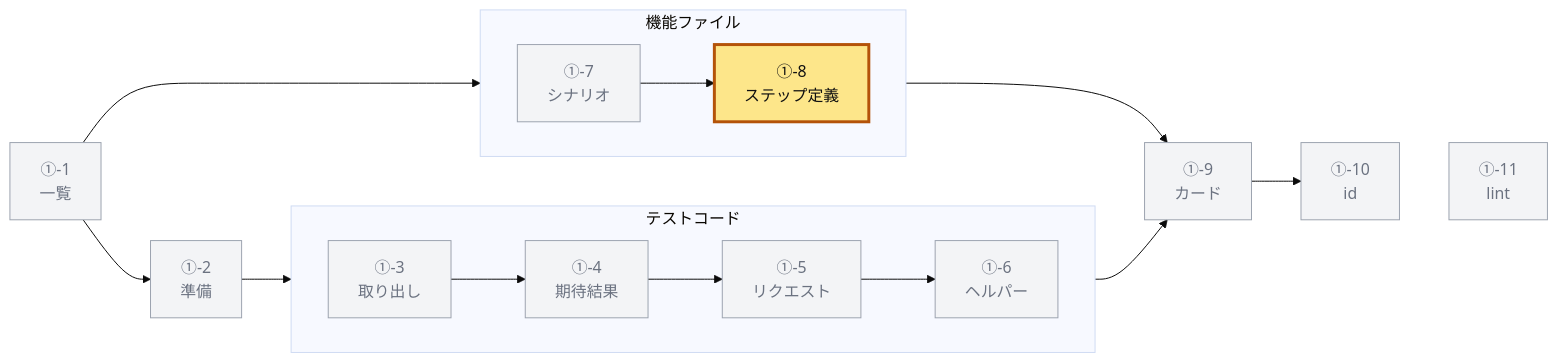
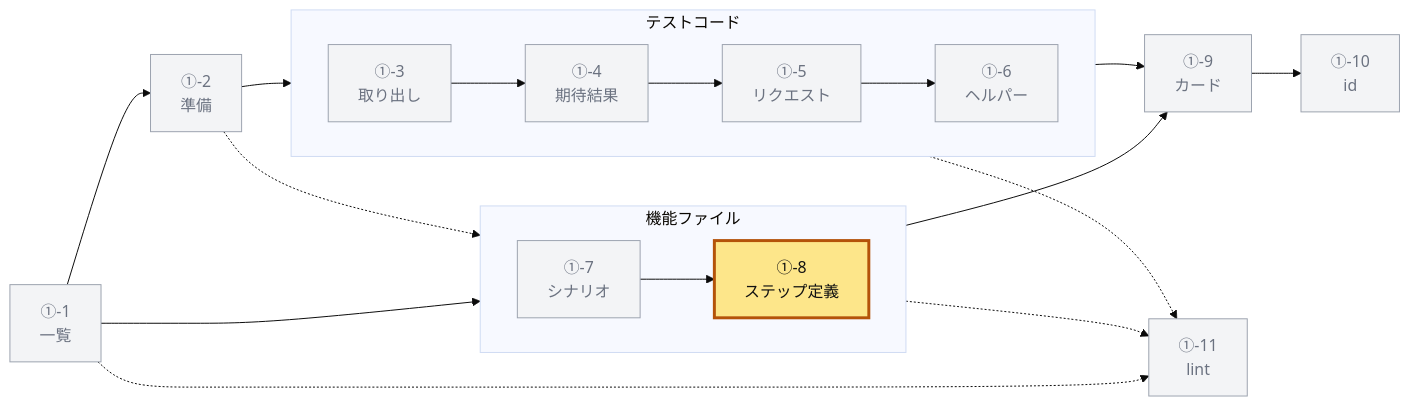
One commit to maronnjapan/maronn-openid-connect changed diagram 20 of 29 in apps/tests/docs/01-read.md. Above: the diagram before and after it, drawn with Mermaid (base theme). The commit also changed other lines of this file and 11 other files, not shown here.

````diff
--- a/apps/tests/docs/01-read.md
+++ b/apps/tests/docs/01-read.md
@@ -1651,22 +2026,25 @@
 ```mermaid
 flowchart LR
   S1["①-1<br/>一覧"] --> S2["①-2<br/>準備"]
   subgraph CODE["テストコード"]
     direction LR
     S3["①-3<br/>取り出し"] --> S4["①-4<br/>期待結果"] --> S5["①-5<br/>リクエスト"] --> S6["①-6<br/>ヘルパー"]
   end
   subgraph FEAT["機能ファイル"]
     direction LR
     S7["①-7<br/>シナリオ"] --> S8["①-8<br/>ステップ定義"]
   end
   S2 --> S3
   S1 --> S7
+  S2 -.-> S8
   S6 --> S9["①-9<br/>カード"]
   S8 --> S9
   S9 --> S10["①-10<br/>id"]
-  S10 ~~~ S11["①-11<br/>lint"]
+  S1 -.-> S11["①-11<br/>lint"]
+  S4 -.-> S11
+  S8 -.-> S11
   classDef here fill:#fde68a,stroke:#b45309,stroke-width:3px,color:#111
   classDef dim fill:#f3f4f6,stroke:#9ca3af,color:#6b7280
   class S8 here
   class S1,S2,S3,S4,S5,S6,S7,S9,S10,S11 dim
 ```
````
